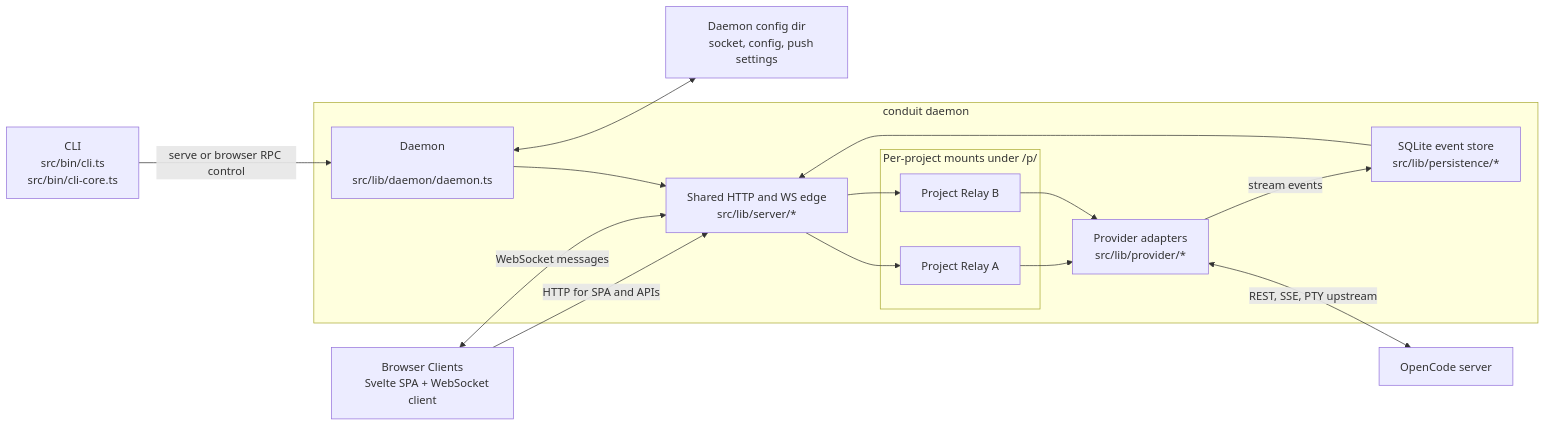
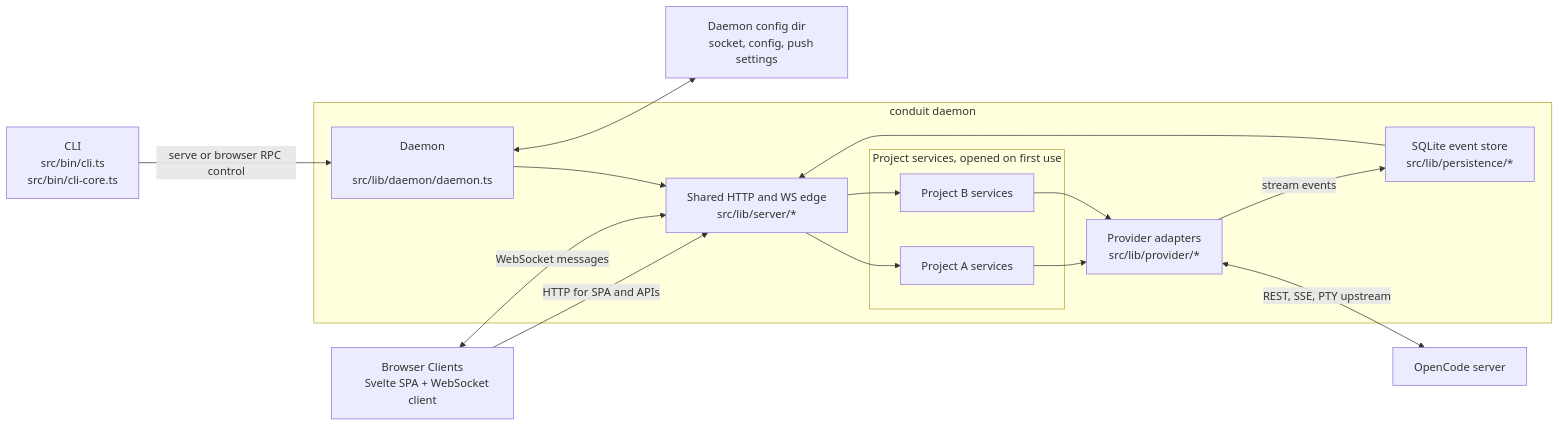
The diagram in docs/agent-guide/system-context-diagram.mermaid (dibstern/conduit), drawn with Mermaid before and after one commit. The commit also changed 5 other files, not shown here.

Commit message:
Relay rename: point the agent docs at project-services (82tn.86)

```diff
--- a/docs/agent-guide/system-context-diagram.mermaid
+++ b/docs/agent-guide/system-context-diagram.mermaid
@@ -1,39 +1,39 @@
 flowchart LR
     cli[CLI
     src/bin/cli.ts
     src/bin/cli-core.ts]
     browser[Browser Clients
     Svelte SPA + WebSocket client]
 
-    subgraph relay[conduit daemon]
+    subgraph conduitDaemon[conduit daemon]
         daemon[Daemon
         src/lib/daemon/daemon.ts]
         server[Shared HTTP and WS edge
         src/lib/server/*]
         persistence[SQLite event store
         src/lib/persistence/*]
         providers[Provider adapters
         src/lib/provider/*]
 
-        subgraph projects[Per-project mounts under /p/<slug>]
-            relayA[Project Relay A]
-            relayB[Project Relay B]
+        subgraph projects[Project services, opened on first use]
+            projectA[Project A services]
+            projectB[Project B services]
         end
     end
 
     opencode[OpenCode server]
     state[Daemon config dir
     socket, config, push settings]
 
     cli -->|serve or browser RPC control| daemon
     browser -->|HTTP for SPA and APIs| server
     browser <-->|WebSocket messages| server
     daemon --> server
-    server --> relayA
-    server --> relayB
-    relayA --> providers
-    relayB --> providers
+    server --> projectA
+    server --> projectB
+    projectA --> providers
+    projectB --> providers
     providers <-->|REST, SSE, PTY upstream| opencode
     providers -->|stream events| persistence
     persistence --> server
     daemon <--> state
```
